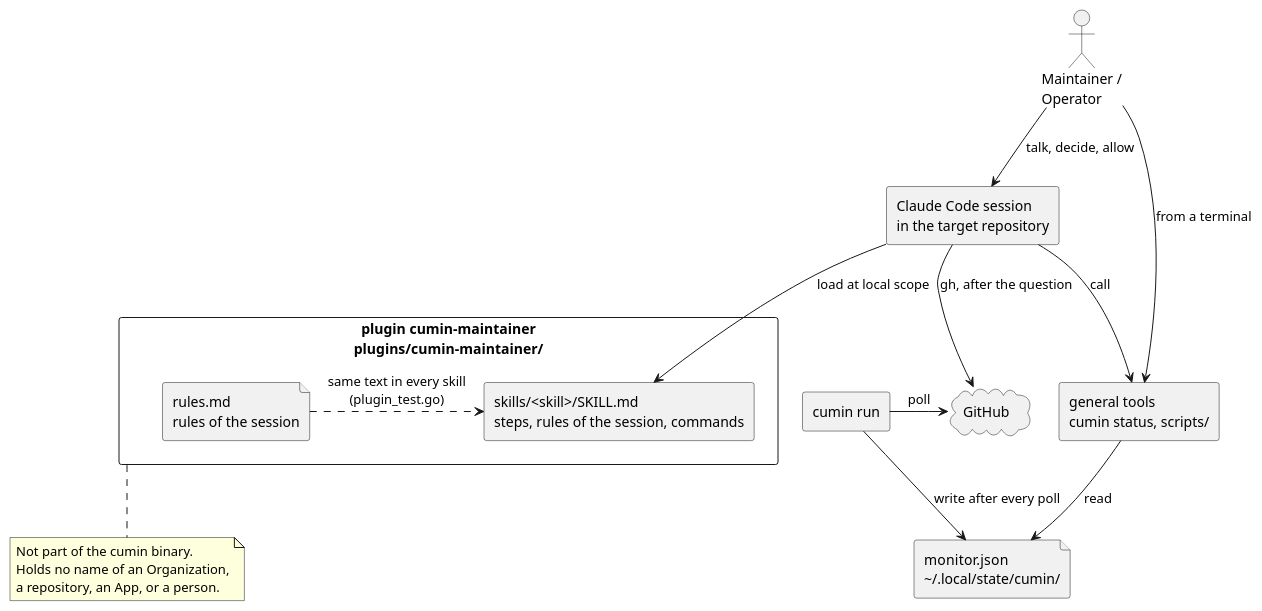
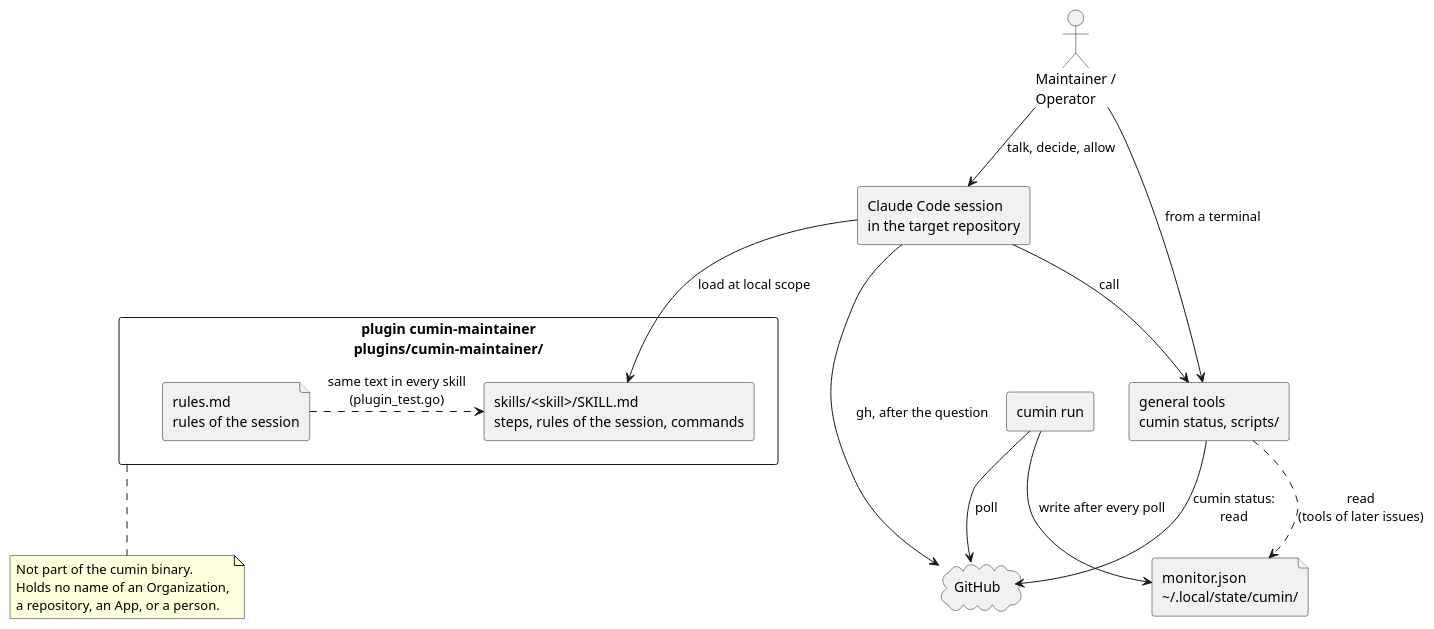
The diagram in docs/ja/guides/maintainer-skills.puml (cloveclovedev/cumin-works), drawn with PlantUML before and after one commit. The commit also changed 2 other files, not shown here.

Commit message:
docs(guides): say that no tool reads the monitor file yet
Show cumin status as the tool of today, which reads GitHub, and draw the
read of the monitor file as an arrow of later issues.

```diff
--- a/docs/ja/guides/maintainer-skills.puml
+++ b/docs/ja/guides/maintainer-skills.puml
@@ -1,35 +1,36 @@
 @startuml maintainer-skills
 ' cumin works - the plugin of the Maintainer session: the session loads the skills, the skills call the general tools.
 ' Document: maintainer-skills.md, topic on what the plugin is.
 ' Render: run scripts/render-diagrams.sh at the root of the repository.
 skinparam shadowing false
 skinparam defaultFontName sans-serif
 
 actor "Maintainer /\nOperator" as person
 cloud "GitHub" as github
 
 rectangle "Claude Code session\nin the target repository" as session
 rectangle "plugin cumin-maintainer\nplugins/cumin-maintainer/" as plugin {
   file "rules.md\nrules of the session" as rules
   rectangle "skills/<skill>/SKILL.md\nsteps, rules of the session, commands" as skills
 }
 rectangle "general tools\ncumin status, scripts/" as tools
 file "monitor.json\n&#126;/.local/state/cumin/" as monitor
 rectangle "cumin run" as run
 
 person --> session : talk, decide, allow
 person --> tools : from a terminal
 session --> skills : load at local scope
 rules .right.> skills : same text in every skill\n(plugin_test.go)
 session --> tools : call
 session --> github : gh, after the question
-tools --> monitor : read
+tools --> github : cumin status:\nread
+tools ..> monitor : read\n(tools of later issues)
 run --> monitor : write after every poll
 run -right-> github : poll
 
 note bottom of plugin
   Not part of the cumin binary.
   Holds no name of an Organization,
   a repository, an App, or a person.
 end note
 @enduml
```
